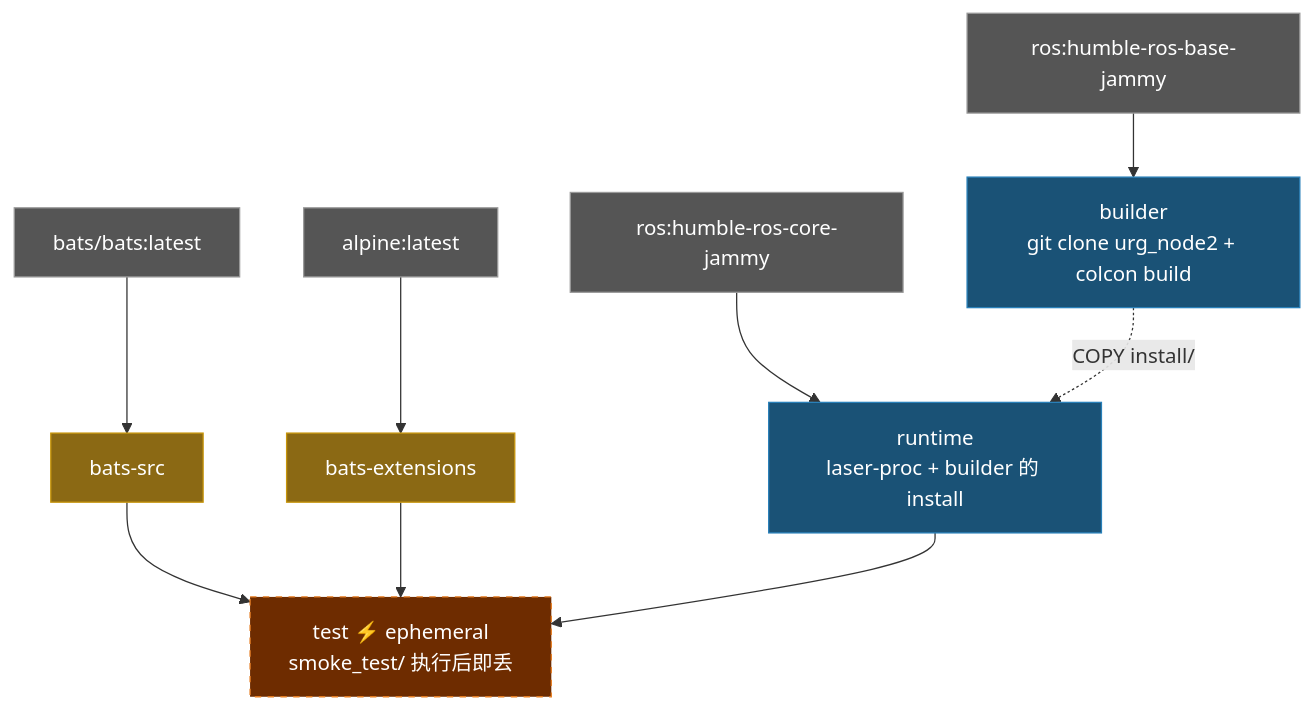
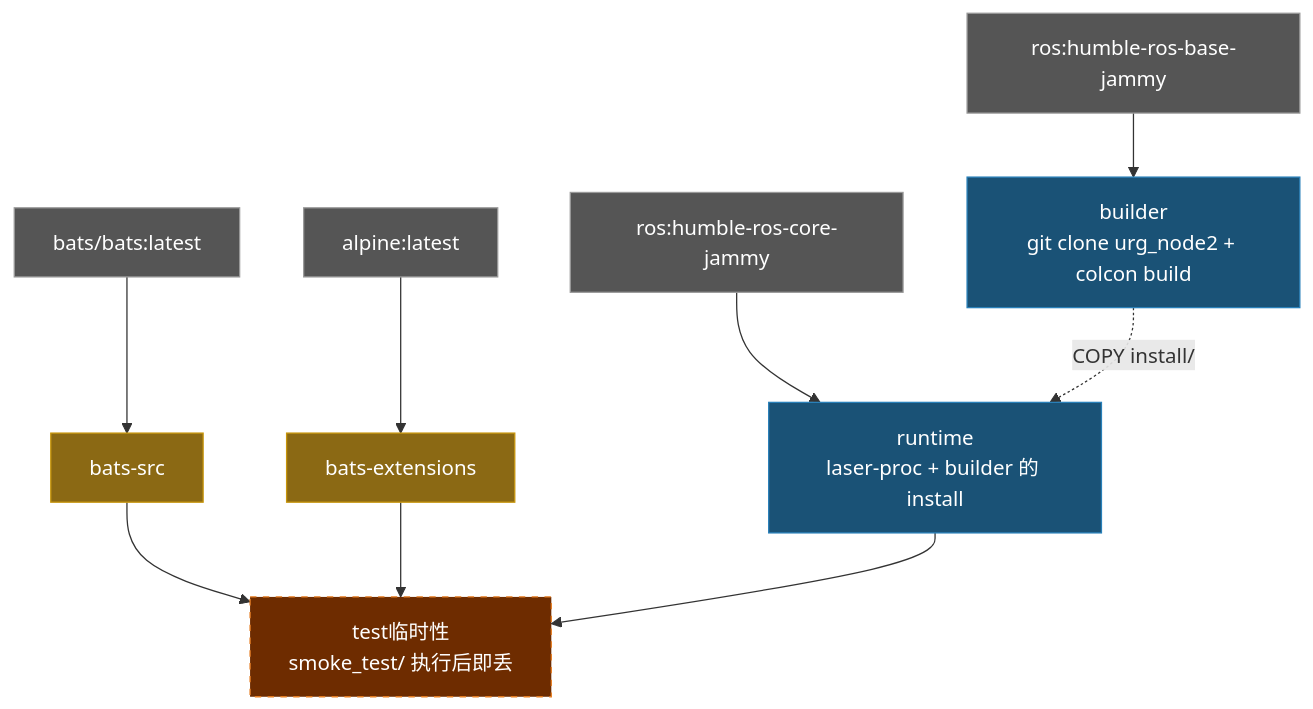
Before and after one commit to ycpss91255-docker/urg_node2: the diagram in doc/README.zh-CN.md, drawn with Mermaid. The commit also changed 3 other files, not shown here.

Commit message:
docs: remove ⚡ emoji and translate ephemeral in architecture diagrams

````diff
--- a/doc/README.zh-CN.md
+++ b/doc/README.zh-CN.md
@@ -96,24 +96,24 @@
 ```mermaid
 graph TD
     EXT1["bats/bats:latest"]:::external
     EXT2["alpine:latest"]:::external
     EXT3["ros:humble-ros-base-jammy"]:::external
     EXT4["ros:humble-ros-core-jammy"]:::external
 
     EXT1 --> bats-src["bats-src"]:::tool
     EXT2 --> bats-ext["bats-extensions"]:::tool
 
     EXT3 --> builder["builder\ngit clone urg_node2 + colcon build"]:::stage
 
     EXT4 --> runtime["runtime\nlaser-proc + builder 的 install"]:::stage
     builder -.->|COPY install/| runtime
 
-    bats-src --> test["test  ⚡ ephemeral\nsmoke_test/ 执行后即丢"]:::ephemeral
+    bats-src --> test["test临时性\nsmoke_test/ 执行后即丢"]:::ephemeral
     bats-ext --> test
     runtime --> test
 
     classDef external fill:#555,color:#fff,stroke:#999
     classDef tool fill:#8B6914,color:#fff,stroke:#c8960c
     classDef stage fill:#1a5276,color:#fff,stroke:#2980b9
     classDef ephemeral fill:#6e2c00,color:#fff,stroke:#e67e22,stroke-dasharray:5 5
 ```
````
